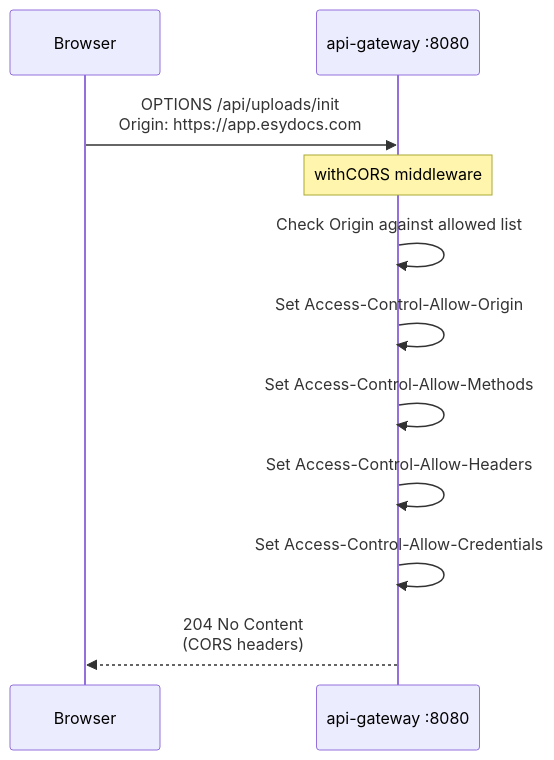
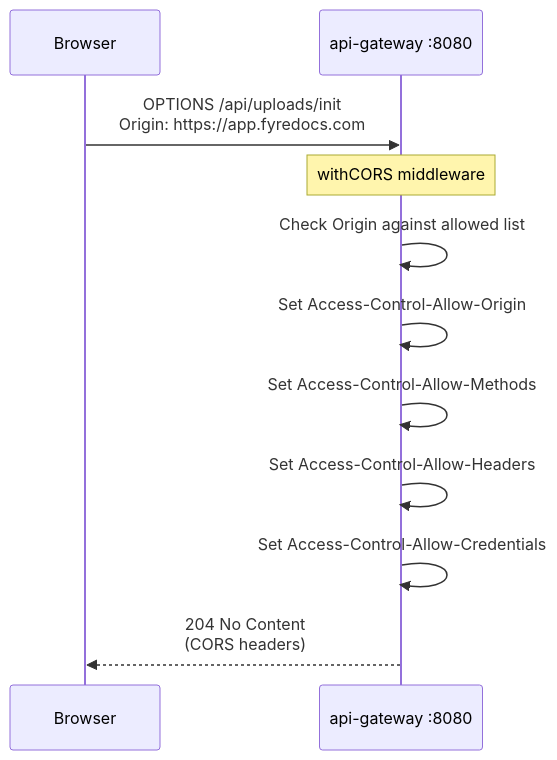
The third of 4 diagrams in docs/developer/mermaid/service-api-gateway-sequence.md (Prachidubey2003/fyredocs_backend), drawn with Mermaid before and after one commit. The commit also changed 95 other files, not shown here.

Commit message:
Rebrand esydocs to fyredocs

````diff
--- a/docs/developer/mermaid/service-api-gateway-sequence.md
+++ b/docs/developer/mermaid/service-api-gateway-sequence.md
@@ -63,17 +63,17 @@
 ```mermaid
 sequenceDiagram
     participant Browser
     participant GW as api-gateway :8080
 
-    Browser->>GW: OPTIONS /api/uploads/init<br/>Origin: https://app.esydocs.com
+    Browser->>GW: OPTIONS /api/uploads/init<br/>Origin: https://app.fyredocs.com
 
     Note over GW: withCORS middleware
 
     GW->>GW: Check Origin against allowed list
     GW->>GW: Set Access-Control-Allow-Origin
     GW->>GW: Set Access-Control-Allow-Methods
     GW->>GW: Set Access-Control-Allow-Headers
     GW->>GW: Set Access-Control-Allow-Credentials
 
     GW-->>Browser: 204 No Content<br/>(CORS headers)
 ```
````
